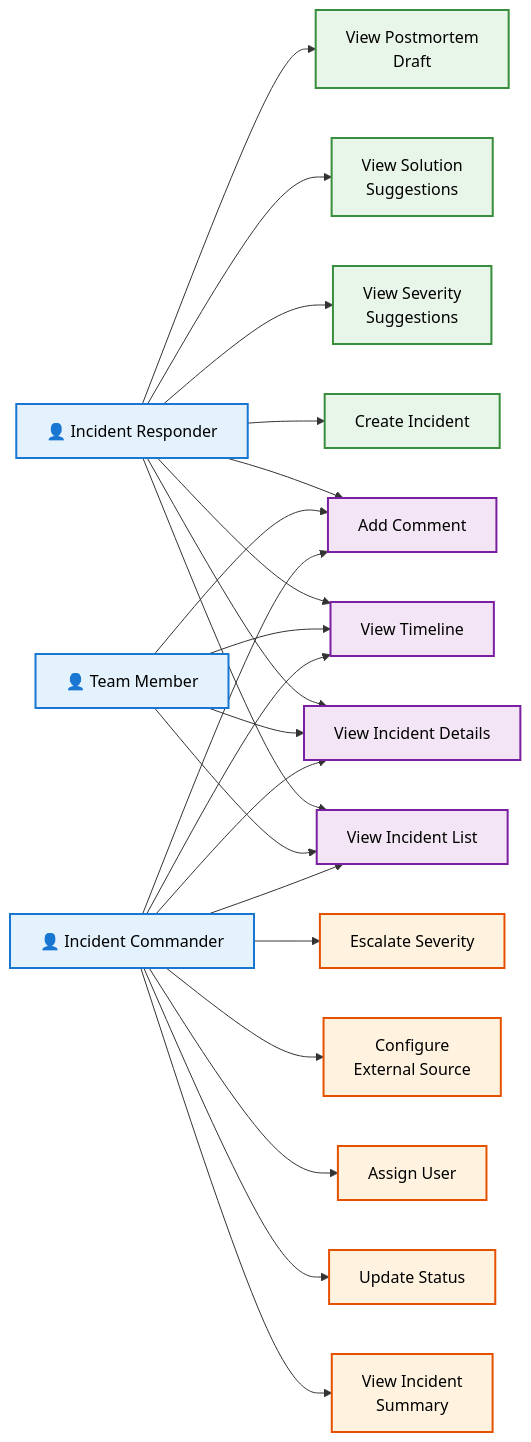
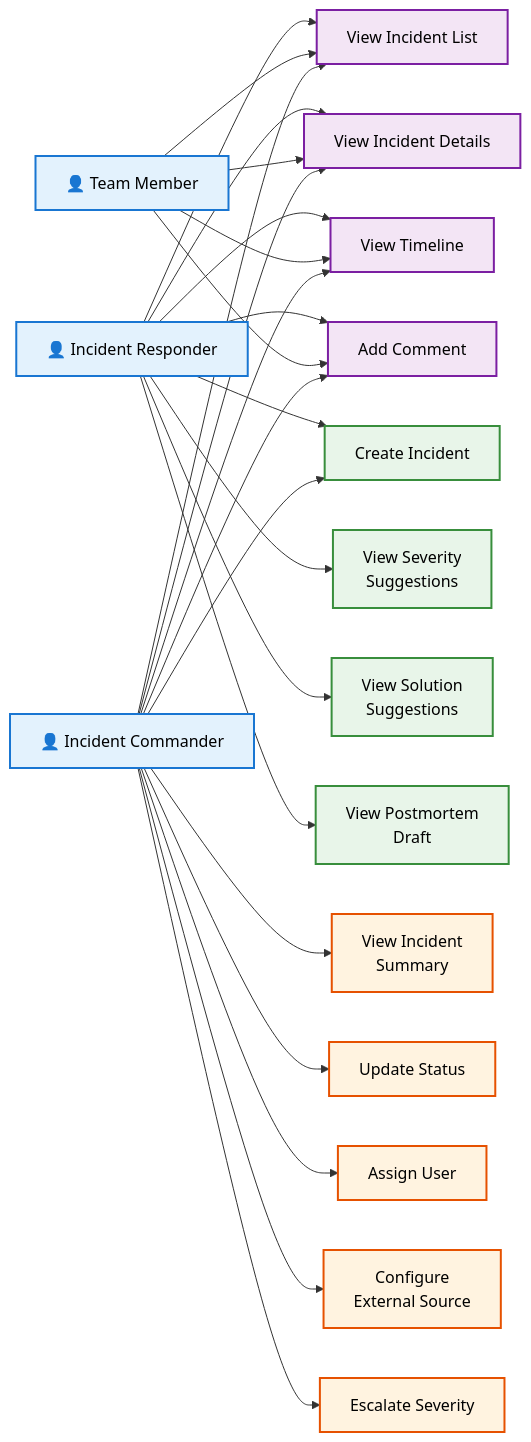
The diagram in docs/deliverables/2026-05-08-uml-diagrams/use_case_diagram.md (AET-DevOps26/team-panic-at-the-console), drawn with Mermaid before and after one commit.

Commit message:
Add createIncident to commander in use case UML

````diff
--- a/docs/deliverables/2026-05-08-uml-diagrams/use_case_diagram.md
+++ b/docs/deliverables/2026-05-08-uml-diagrams/use_case_diagram.md
@@ -3,63 +3,63 @@
 ```mermaid
 graph LR
     %% Actors
     responder["👤 Incident Responder"]
     member["👤 Team Member"]
     commander["👤 Incident Commander"]
 
     %% Shared Use Cases
     viewList["View Incident List"]
     viewDetails["View Incident Details"]
     viewTimeline["View Timeline"]
     addComment["Add Comment"]
 
     %% Responder Specific
     createIncident["Create Incident"]
     viewSeverity["View Severity<br/>Suggestions"]
     viewSolutions["View Solution<br/>Suggestions"]
     viewPostmortem["View Postmortem<br/>Draft"]
 
     %% Commander Specific
     updateStatus["Update Status"]
     assignUser["Assign User"]
     viewSummary["View Incident<br/>Summary"]
     configSource["Configure<br/>External Source"]
     escalateSeverity["Escalate Severity"]
 
     %% Responder relationships
     responder --> viewList
     responder --> viewDetails
     responder --> viewTimeline
     responder --> addComment
     responder --> createIncident
     responder --> viewSeverity
     responder --> viewSolutions
     responder --> viewPostmortem
 
     %% Team Member relationships (subset of responder)
     member --> viewList
     member --> viewDetails
     member --> viewTimeline
     member --> addComment
 
     %% Commander relationships (both shared and specific)
     commander --> viewList
     commander --> viewDetails
     commander --> viewTimeline
     commander --> addComment
     commander --> viewSummary
     commander --> updateStatus
     commander --> assignUser
     commander --> configSource
     commander --> escalateSeverity
-
+commander --> createIncident
     classDef actor fill:#e3f2fd,stroke:#1976d2,stroke-width:2px,color:#000
     classDef shared fill:#f3e5f5,stroke:#7b1fa2,stroke-width:2px,color:#000
     classDef responderOnly fill:#e8f5e9,stroke:#388e3c,stroke-width:2px,color:#000
     classDef commanderOnly fill:#fff3e0,stroke:#e65100,stroke-width:2px,color:#000
 
     class responder,member,commander actor
     class viewList,viewDetails,viewTimeline,addComment shared
     class createIncident,viewSeverity,viewSolutions,viewPostmortem responderOnly
     class updateStatus,assignUser,viewSummary,configSource,escalateSeverity commanderOnly
 ```
````
